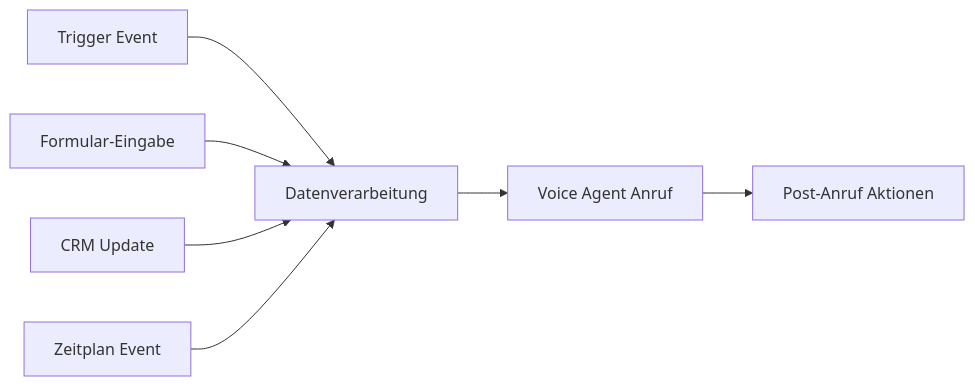
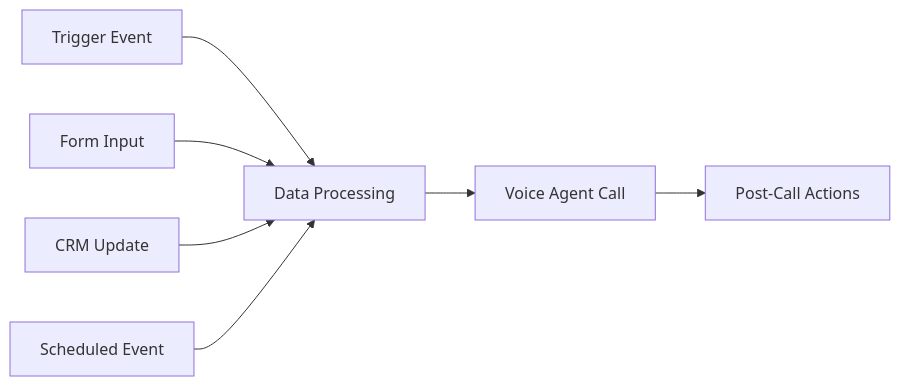
Before and after one commit to bekgroup/Famulor-docs-de: the diagram in en/developers/overview.mdx, drawn with Mermaid. The commit also changed other lines of this file and 23 other files, not shown here.

````diff
--- a/en/developers/overview.mdx
+++ b/en/developers/overview.mdx
@@ -67,10 +67,10 @@
 ```mermaid
 graph LR
-    A[Trigger Event] --> B[Datenverarbeitung]
-    B --> C[Voice Agent Anruf]
-    C --> D[Post-Anruf Aktionen]
+    A[Trigger Event] --> B[Data Processing]
+    B --> C[Voice Agent Call]
+    C --> D[Post-Call Actions]
     
-    A1[Formular-Eingabe] --> B
+    A1[Form Input] --> B
     A2[CRM Update] --> B
-    A3[Zeitplan Event] --> B
+    A3[Scheduled Event] --> B
 ```
````
